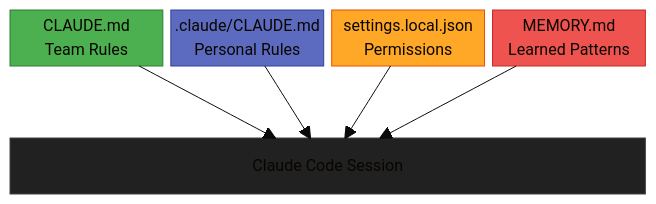
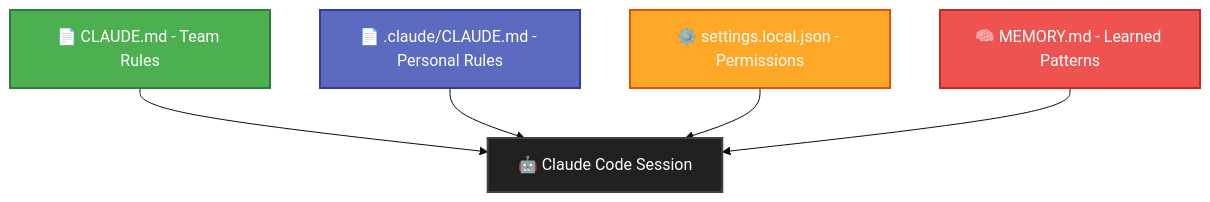
The first of 3 diagrams in README.md (jameswniu/claude-os), drawn with Mermaid (base theme) before and after one commit. The commit also changed other lines of this file, not shown here.

First line of the commit message:
Make diagrams larger: switch to TD flowcharts with descriptive labels

````diff
--- a/README.md
+++ b/README.md
@@ -11,21 +11,19 @@
 ```mermaid
-block-beta
-    columns 4
-    A["CLAUDE.md\nTeam Rules"]:1
-    B[".claude/CLAUDE.md\nPersonal Rules"]:1
-    C["settings.local.json\nPermissions"]:1
-    D["MEMORY.md\nLearned Patterns"]:1
-    space:4
-    S["Claude Code Session"]:4
+flowchart TD
+    A["📄 CLAUDE.md - Team Rules"]
+    B["📄 .claude/CLAUDE.md - Personal Rules"]
+    C["⚙️ settings.local.json - Permissions"]
+    D["🧠 MEMORY.md - Learned Patterns"]
+    S["🤖 Claude Code Session"]
 
     A --> S
     B --> S
     C --> S
     D --> S
 
-    style A fill:#4CAF50,color:#fff,stroke:#2E7D32
-    style B fill:#5C6BC0,color:#fff,stroke:#303F9F
-    style C fill:#FFA726,color:#fff,stroke:#E65100
-    style D fill:#EF5350,color:#fff,stroke:#C62828
-    style S fill:#212121,color:#fff,stroke:#424242
+    style A fill:#4CAF50,color:#fff,stroke:#2E7D32,stroke-width:2px
+    style B fill:#5C6BC0,color:#fff,stroke:#303F9F,stroke-width:2px
+    style C fill:#FFA726,color:#fff,stroke:#E65100,stroke-width:2px
+    style D fill:#EF5350,color:#fff,stroke:#C62828,stroke-width:2px
+    style S fill:#212121,color:#fff,stroke:#424242,stroke-width:2px
 ```
````
